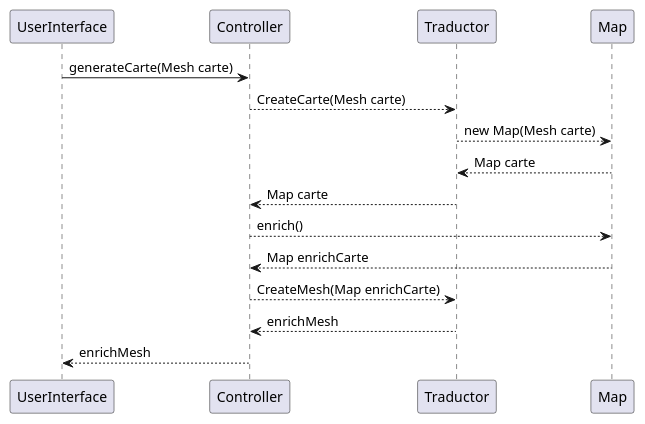
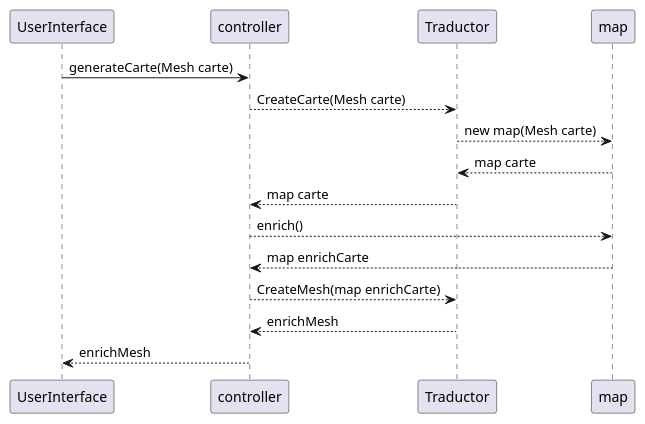
One commit to cryptoswarm/terrain-generator changed the diagram in diagram_de_sequence.puml. Above: the diagram before and after it, drawn with PlantUML. The commit also changed 22 other files, not shown here.

```diff
--- a/diagram_de_sequence.puml
+++ b/diagram_de_sequence.puml
@@ -1,14 +1,14 @@
 @startuml
-UserInterface -> Controller : generateCarte(Mesh carte)
-Controller --> Traductor : CreateCarte(Mesh carte)
-Traductor --> Map : new Map(Mesh carte)
-Traductor <-- Map : Map carte
-Controller <-- Traductor : Map carte
-Controller --> Map : enrich()
-Controller <-- Map : Map enrichCarte
-Controller --> Traductor : CreateMesh(Map enrichCarte)
-Controller <-- Traductor : enrichMesh
-UserInterface <-- Controller : enrichMesh
+UserInterface -> controller : generateCarte(Mesh carte)
+controller --> Traductor : CreateCarte(Mesh carte)
+Traductor --> map : new map(Mesh carte)
+Traductor <-- map : map carte
+controller <-- Traductor : map carte
+controller --> map : enrich()
+controller <-- map : map enrichCarte
+controller --> Traductor : CreateMesh(map enrichCarte)
+controller <-- Traductor : enrichMesh
+UserInterface <-- controller : enrichMesh
 
 
 @enduml
```
